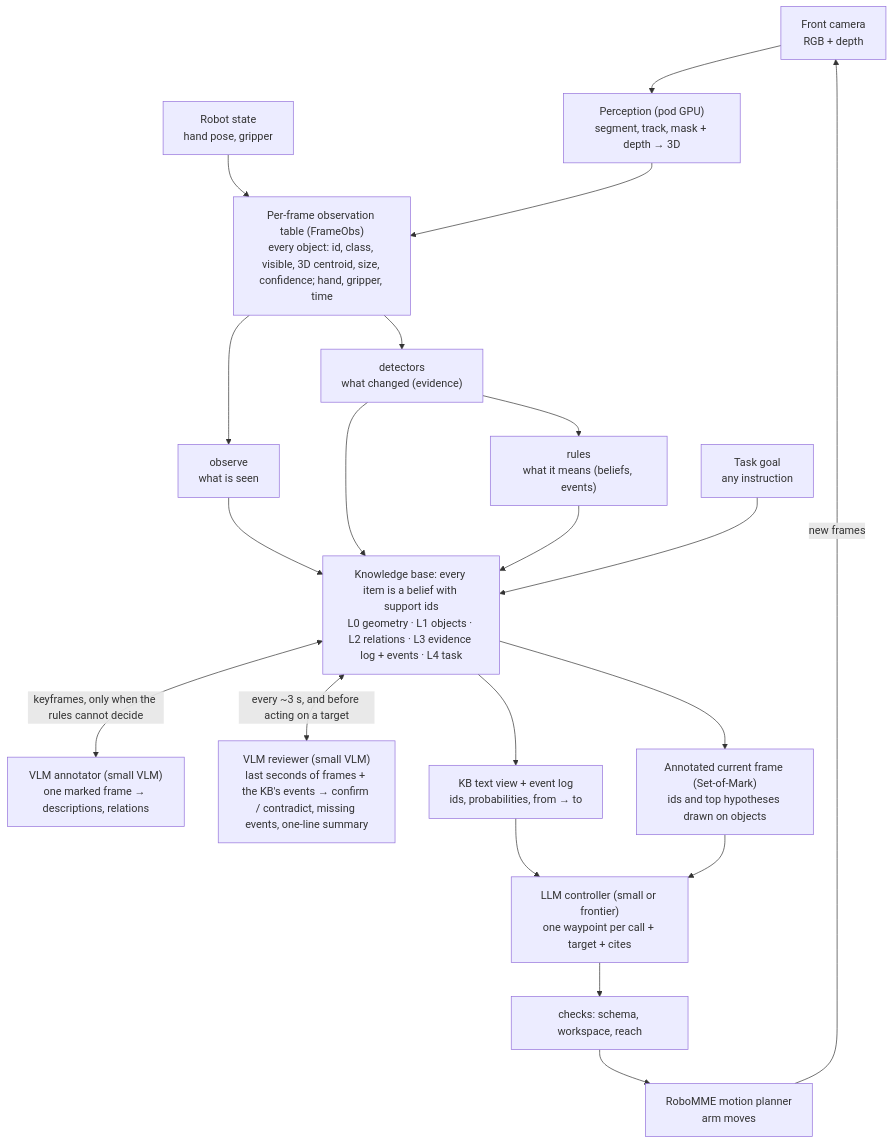
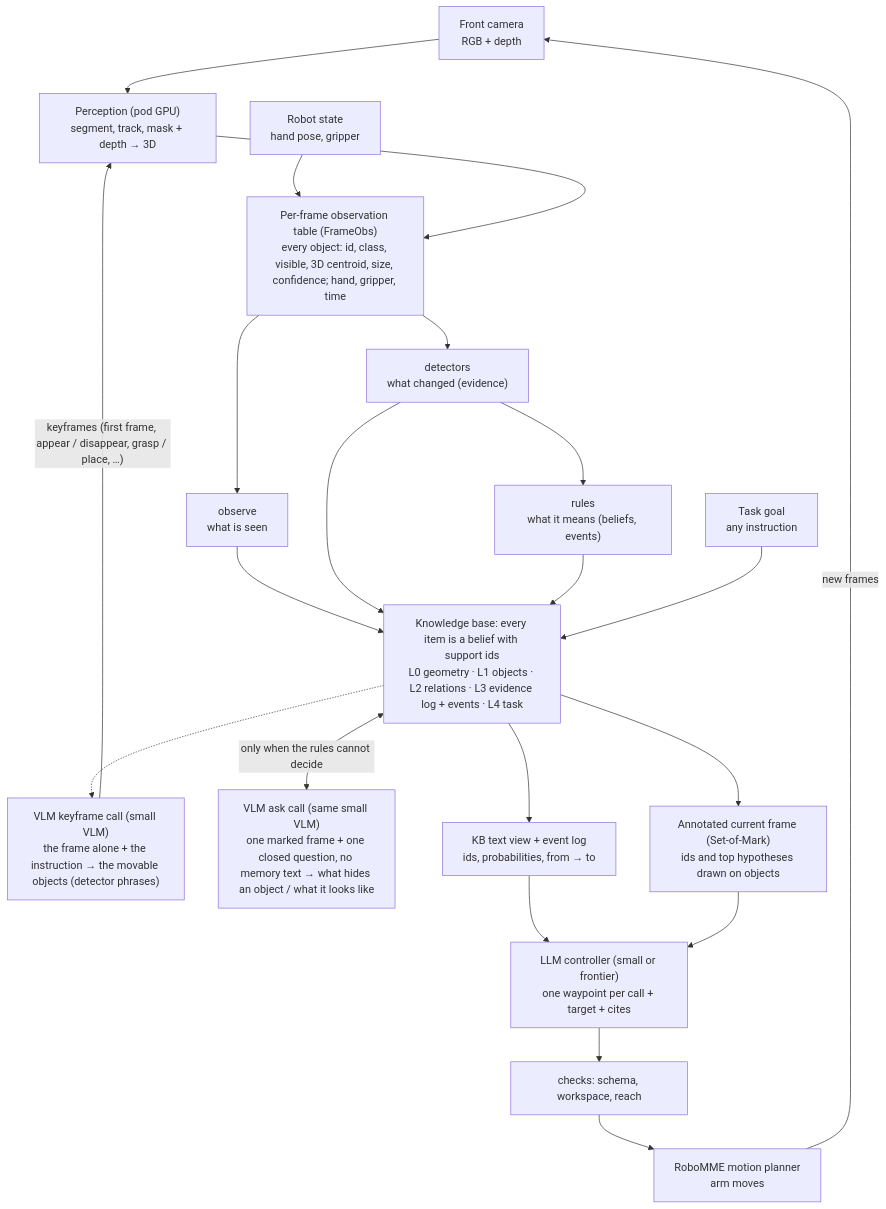
The diagram in DEVELOPMENT.md (vinzppp/arbiterkb), drawn with Mermaid before and after one commit. The commit also changed other lines of this file and 184 other files, not shown here.

````diff
--- a/DEVELOPMENT.md
+++ b/DEVELOPMENT.md
@@ -70,22 +70,23 @@
 ```mermaid
 flowchart TB
   CAM["Front camera<br/>RGB + depth"] --> PER["Perception (pod GPU)<br/>segment, track, mask + depth → 3D"]
   RS["Robot state<br/>hand pose, gripper"] --> OBS
   PER --> OBS["Per-frame observation table (FrameObs)<br/>every object: id, class, visible, 3D centroid, size, confidence; hand, gripper, time"]
   OBS --> O["observe<br/>what is seen"]
   OBS --> D["detectors<br/>what changed (evidence)"]
   D --> R["rules<br/>what it means (beliefs, events)"]
   O --> KB
   D --> KB
   R --> KB
   GOAL["Task goal<br/>any instruction"] --> KB
   KB["Knowledge base: every item is a belief with support ids<br/>L0 geometry · L1 objects · L2 relations · L3 evidence log + events · L4 task"]
-  KB <-->|"keyframes, only when the rules cannot decide"| ANN["VLM annotator (small VLM)<br/>one marked frame → descriptions, relations"]
-  KB <-->|"every ~3 s, and before acting on a target"| REV["VLM reviewer (small VLM)<br/>last seconds of frames + the KB's events → confirm / contradict, missing events, one-line summary"]
+  ANN -->|"keyframes (first frame, appear / disappear, grasp / place, …)"| PER
+  KB -.-> ANN["VLM keyframe call (small VLM)<br/>the frame alone + the instruction → the movable objects (detector phrases)"]
+  KB <-->|"only when the rules cannot decide"| ASK["VLM ask call (same small VLM)<br/>one marked frame + one closed question, no memory text → what hides an object / what it looks like"]
   KB --> V1["KB text view + event log<br/>ids, probabilities, from → to"]
   KB --> V2["Annotated current frame (Set-of-Mark)<br/>ids and top hypotheses drawn on objects"]
   V1 --> C["LLM controller (small or frontier)<br/>one waypoint per call + target + cites"]
   V2 --> C
   C --> CHK["checks: schema, workspace, reach"] --> MP["RoboMME motion planner<br/>arm moves"]
   MP -->|"new frames"| CAM
 ```
````
